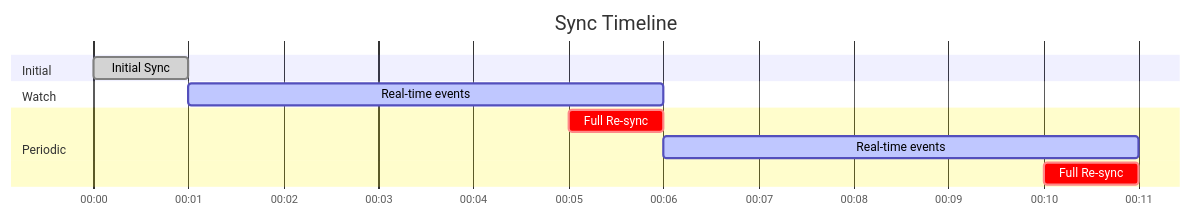
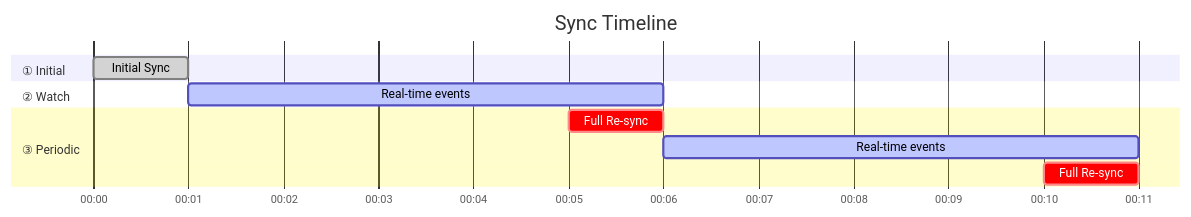
The fifth of 6 diagrams in docs/usage.md (albertsdk/hsync-client), drawn with Mermaid before and after one commit. The commit also changed other lines of this file and 21 other files, not shown here.

First line of the commit message:
Add numbered phases to documentation diagrams

````diff
--- a/docs/usage.md
+++ b/docs/usage.md
@@ -132,17 +133,17 @@
 ```mermaid
 gantt
     title Sync Timeline
     dateFormat HH:mm
     axisFormat %H:%M
-    
-    section Initial
+
+    section ① Initial
     Initial Sync     :done, 00:00, 1m
-    
-    section Watch
+
+    section ② Watch
     Real-time events :active, 00:01, 5m
-    
-    section Periodic
+
+    section ③ Periodic
     Full Re-sync     :crit, 00:05, 1m
     Real-time events :active, 00:06, 5m
     Full Re-sync     :crit, 00:10, 1m
 ```
````
